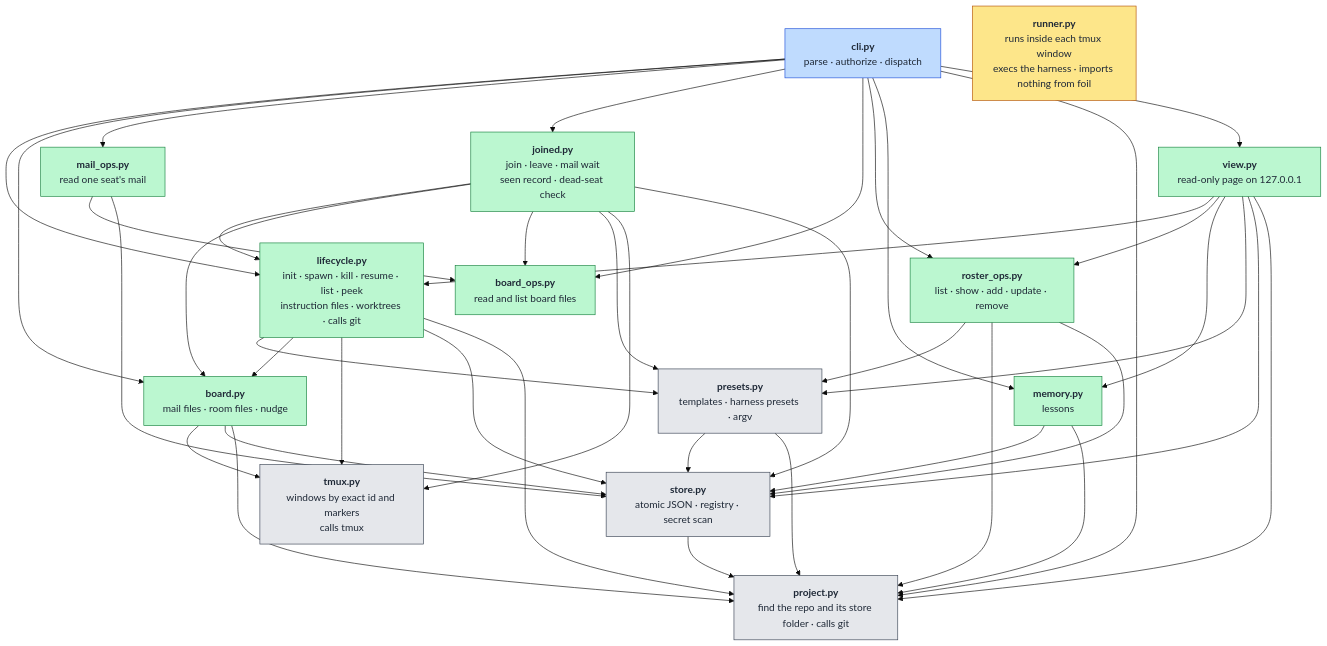
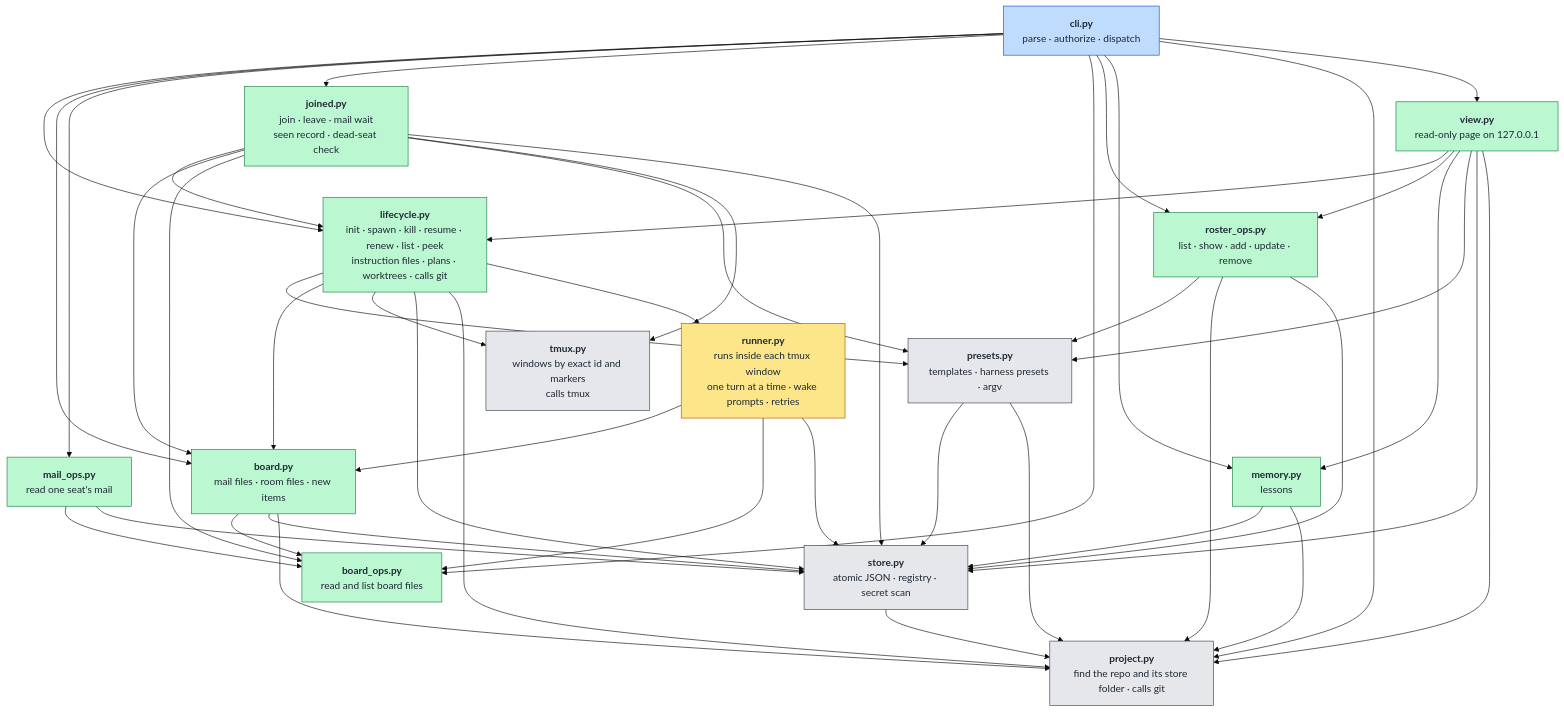
One commit to TiantianFlow/foil changed the first of 2 diagrams in docs/architecture.md. Above: the diagram before and after it, drawn with Mermaid (base theme). The commit also changed other lines of this file and 88 other files, not shown here.

First line of the commit message:
Headless turn loop, renew, and multi-fleet goals (#97)

````diff
--- a/docs/architecture.md
+++ b/docs/architecture.md
@@ -33,70 +33,74 @@
 ```mermaid
 flowchart TB
   cli["<b>cli.py</b><br/>parse · authorize · dispatch"]
 
-  lifecycle["<b>lifecycle.py</b><br/>init · spawn · kill · resume · list · peek<br/>instruction files · worktrees · calls git"]
-  board["<b>board.py</b><br/>mail files · room files · nudge"]
+  lifecycle["<b>lifecycle.py</b><br/>init · spawn · kill · resume · renew · list · peek<br/>instruction files · plans · worktrees · calls git"]
+  board["<b>board.py</b><br/>mail files · room files · new items"]
   mail_ops["<b>mail_ops.py</b><br/>read one seat's mail"]
   joined["<b>joined.py</b><br/>join · leave · mail wait<br/>seen record · dead-seat check"]
   board_ops["<b>board_ops.py</b><br/>read and list board files"]
   roster_ops["<b>roster_ops.py</b><br/>list · show · add · update · remove"]
   memory["<b>memory.py</b><br/>lessons"]
   view["<b>view.py</b><br/>read-only page on 127.0.0.1"]
 
   presets["<b>presets.py</b><br/>templates · harness presets · argv"]
   tmuxmod["<b>tmux.py</b><br/>windows by exact id and markers<br/>calls tmux"]
   store["<b>store.py</b><br/>atomic JSON · registry · secret scan"]
 
   project["<b>project.py</b><br/>find the repo and its store folder · calls git"]
 
-  runner["<b>runner.py</b><br/>runs inside each tmux window<br/>execs the harness · imports nothing from foil"]
+  runner["<b>runner.py</b><br/>runs inside each tmux window<br/>one turn at a time · wake prompts · retries"]
 
   cli --> lifecycle
   cli --> board
   cli --> mail_ops
   cli --> joined
   joined --> lifecycle
   joined --> board
   joined --> board_ops
   joined --> presets
   joined --> tmuxmod
   joined --> store
   cli --> board_ops
   cli --> roster_ops
   cli --> memory
   cli --> project
   cli --> view
   view --> lifecycle
   view --> roster_ops
   view --> memory
   view --> presets
   view --> store
   view --> project
   lifecycle --> presets
   lifecycle --> board
   lifecycle --> tmuxmod
   lifecycle --> store
   lifecycle --> project
-  board --> tmuxmod
+  lifecycle --> runner
+  runner --> board
+  runner --> board_ops
+  runner --> store
+  board --> board_ops
   board --> store
   board --> project
   mail_ops --> board_ops
   mail_ops --> store
   roster_ops --> presets
   roster_ops --> project
   roster_ops --> store
   memory --> store
   memory --> project
   presets --> store
   presets --> project
   store --> project
 
   classDef entry fill:#bfdbfe,stroke:#1d4ed8,color:#1f2937
   classDef core fill:#bbf7d0,stroke:#15803d,color:#1f2937
   classDef base fill:#e5e7eb,stroke:#374151,color:#1f2937
   classDef apart fill:#fde68a,stroke:#b45309,color:#1f2937
   class cli entry
   class lifecycle,board,mail_ops,joined,board_ops,roster_ops,memory,view core
   class presets,tmuxmod,store,project base
   class runner apart
 ```
````
